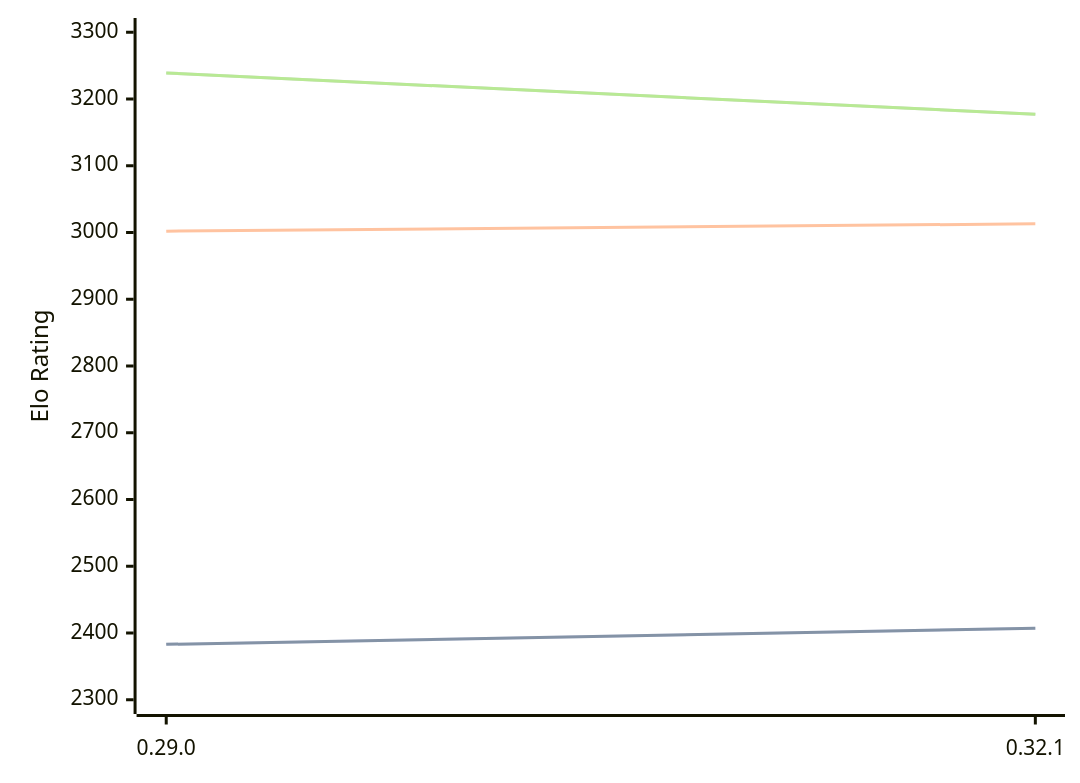
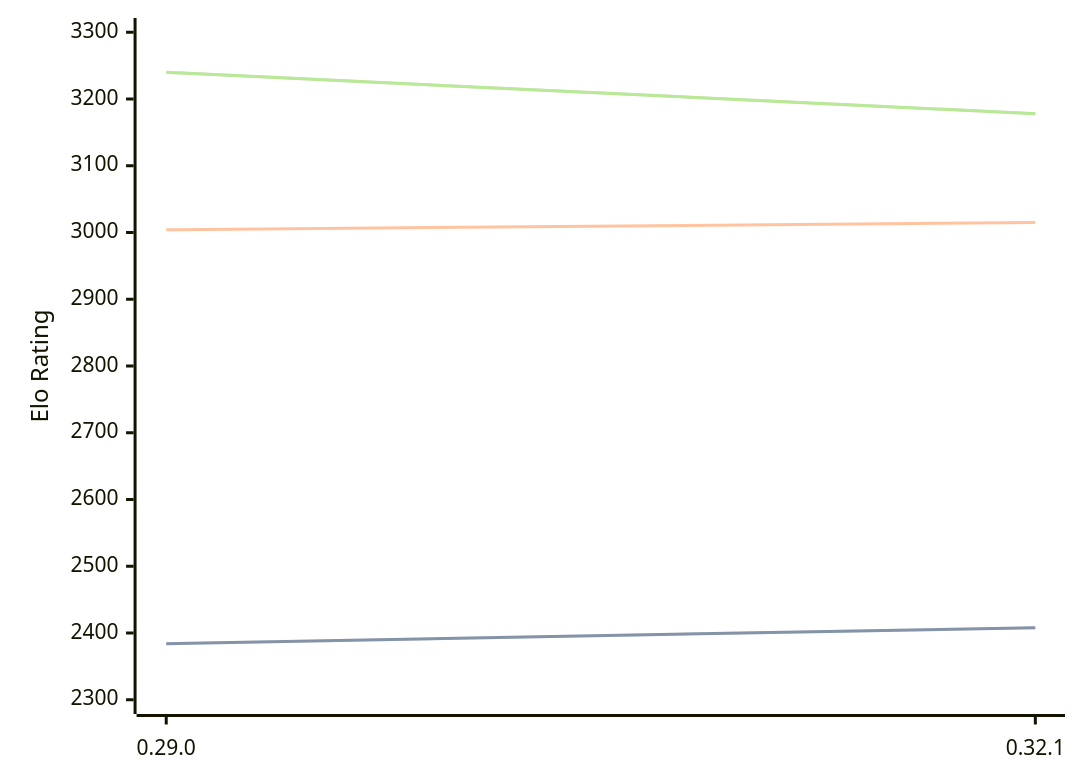
Before and after one commit to computer-chess-index/cci: the diagram in engines/Lc0.md, drawn with Mermaid. The commit also changed other lines of this file, not shown here.

Commit message:
Update CCI Ratings (ELO VLTC) - 2026-10-09

````diff
--- a/engines/Lc0.md
+++ b/engines/Lc0.md
@@ -32,11 +32,11 @@
 ```mermaid
 %%{init: {"theme":"base","themeVariables":{"seriesColors:['#a3a3a3','#222221','#faa371']}}}%%
 xychart-beta
   x-axis ["0.29.0", "0.32.1"]
   y-axis "Elo Rating" 2300 --> 3300
-  line "" [2383, 2407]
-  line "STC (8.0+0.08s)" [2383, 2407]
-  line "LTC (60.0+0.60s)" [3002, 3013]
-  line "" [3239, 3177]
-  line "VLTC (2m24s+1.12s)" [3239, 3177]
+  line "" [2384, 2408]
+  line "STC (8.0+0.08s)" [2384, 2408]
+  line "LTC (60.0+0.60s)" [3004, 3015]
+  line "" [3240, 3178]
+  line "VLTC (2m24s+1.12s)" [3240, 3178]
 ```
````
